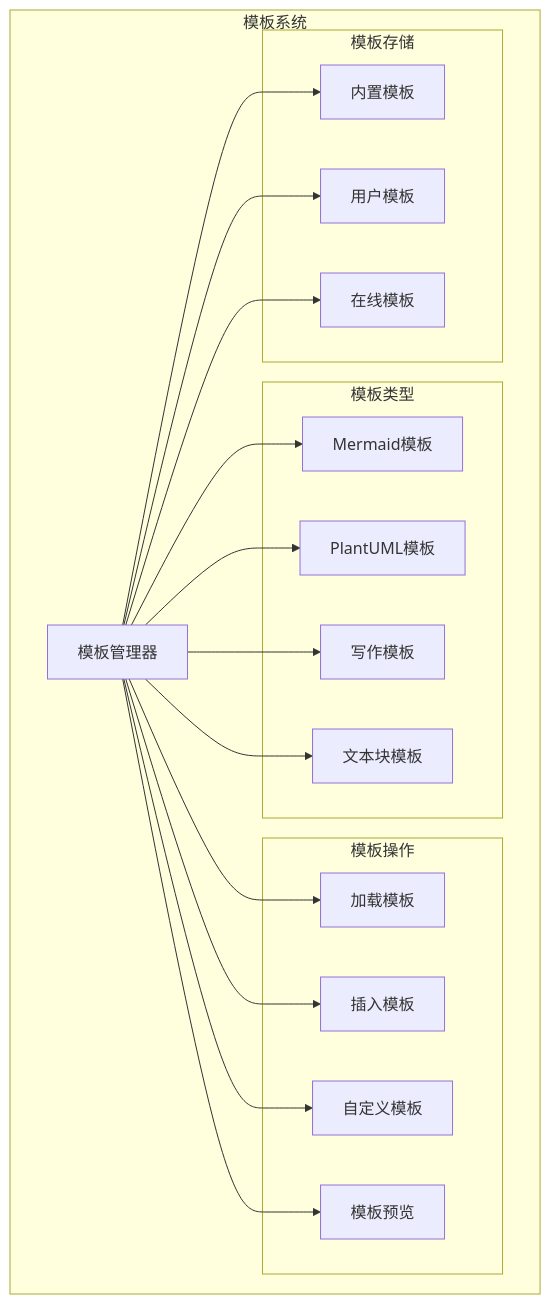
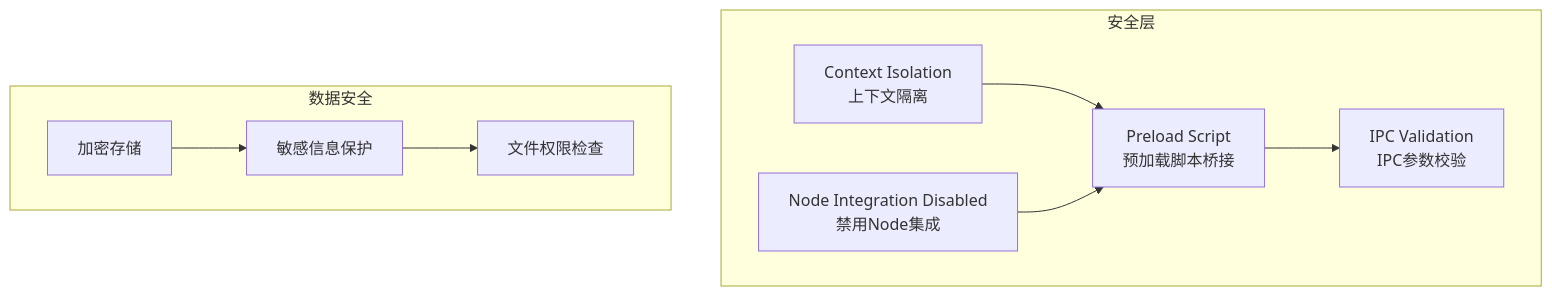
Before and after one commit to hemy08/BaiZeNotesByVue: diagram 18 of 34 in doc/架构文档.md, drawn with Mermaid. The commit also changed other lines of this file and 41 other files, not shown here.

````diff
--- a/doc/架构文档.md
+++ b/doc/架构文档.md
@@ -891,40 +737,22 @@
 ```mermaid
 graph TB
-    subgraph "模板系统"
-        A[模板管理器]
-
-        subgraph "模板类型"
-            B1[Mermaid模板]
-            B2[PlantUML模板]
-            B3[写作模板]
-            B4[文本块模板]
-        end
-
-        subgraph "模板操作"
-            C1[加载模板]
-            C2[插入模板]
-            C3[自定义模板]
-            C4[模板预览]
-        end
-
-        subgraph "模板存储"
-            D1[内置模板]
-            D2[用户模板]
-            D3[在线模板]
-        end
+    subgraph 安全层
+        S1[Context Isolation<br/>上下文隔离]
+        S2[Node Integration Disabled<br/>禁用Node集成]
+        S3[Preload Script<br/>预加载脚本桥接]
+        S4[IPC Validation<br/>IPC参数校验]
     end
-
-    A --> B1
-    A --> B2
-    A --> B3
-    A --> B4
-
-    A --> C1
-    A --> C2
-    A --> C3
-    A --> C4
-
-    A --> D1
-    A --> D2
-    A --> D3
+    
+    subgraph 数据安全
+        D1[加密存储]
+        D2[敏感信息保护]
+        D3[文件权限检查]
+    end
+    
+    S1 --> S3
+    S2 --> S3
+    S3 --> S4
+    
+    D1 --> D2
+    D2 --> D3
 ```
````
